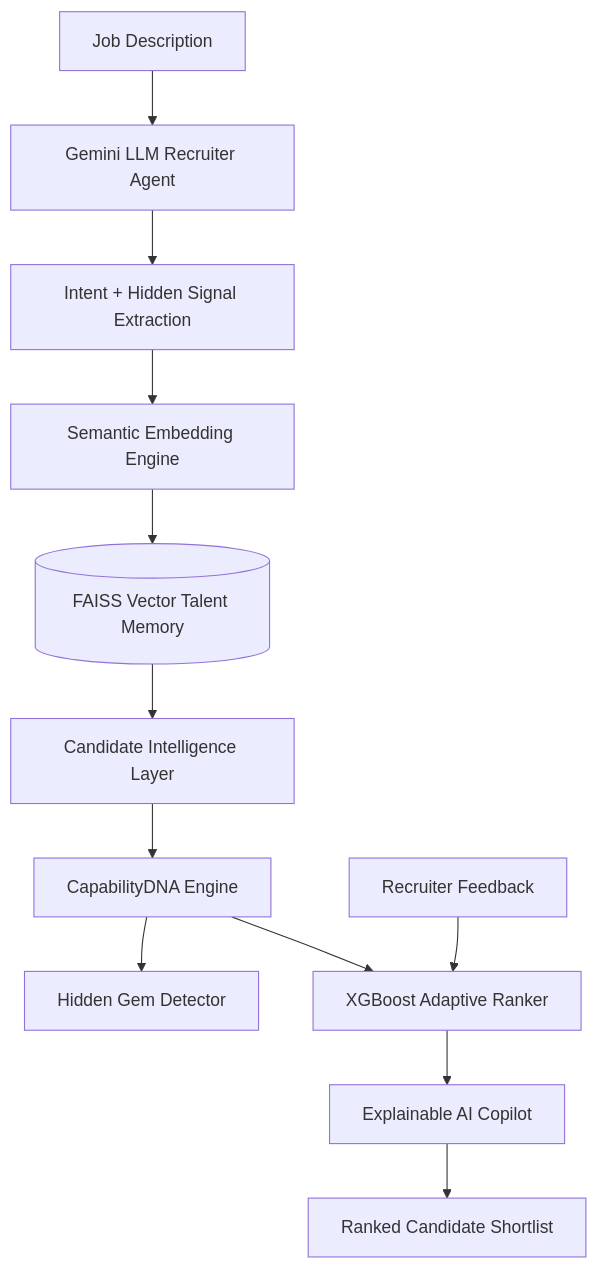
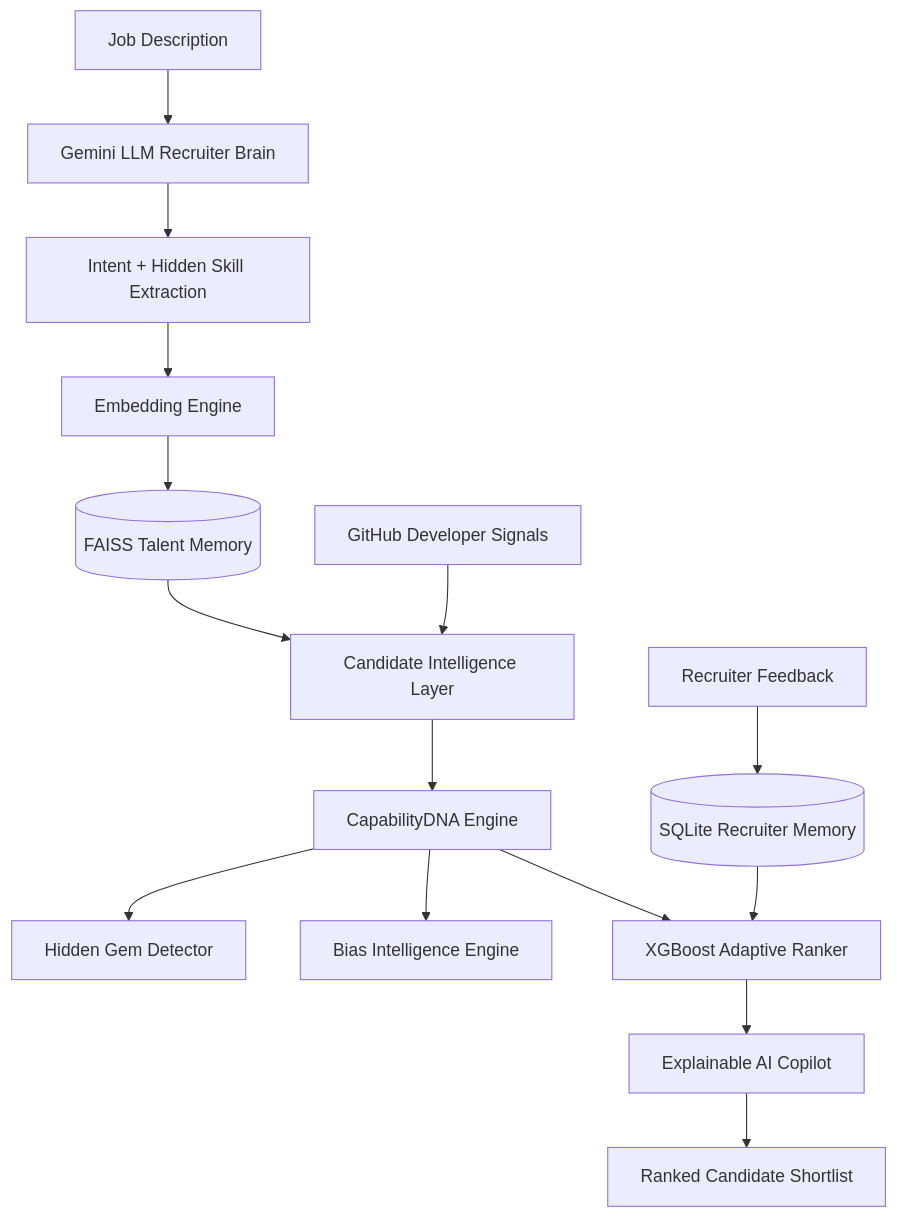
One commit to srishti-rautela/ContextRank-AI changed the diagram in README.md. Above: the diagram before and after it, drawn with Mermaid. The commit also changed other lines of this file and 7 other files, not shown here.

````diff
--- a/README.md
+++ b/README.md
@@ -122,43 +99,57 @@
 ```mermaid
 
 flowchart TD
 
 
-JD[Job Description]
-
-JD --> LLM[Gemini LLM Recruiter Agent]
+A[Job Description]
 
 
-LLM --> Intent[Intent + Hidden Signal Extraction]
+A --> B[Gemini LLM Recruiter Brain]
 
 
-Intent --> Embed[Semantic Embedding Engine]
+B --> C[Intent + Hidden Skill Extraction]
 
 
-Embed --> FAISS[(FAISS Vector Talent Memory)]
+C --> D[Embedding Engine]
 
 
-FAISS --> Candidate[Candidate Intelligence Layer]
+D --> E[(FAISS Talent Memory)]
 
 
-Candidate --> DNA[CapabilityDNA Engine]
+E --> F[Candidate Intelligence Layer]
 
 
-DNA --> Gems[Hidden Gem Detector]
+Github[GitHub Developer Signals]
 
 
-DNA --> Rank[XGBoost Adaptive Ranker]
+Github --> F
+
+
+F --> G[CapabilityDNA Engine]
+
+
+G --> H[Hidden Gem Detector]
+
+
+G --> I[Bias Intelligence Engine]
+
+
+G --> J[XGBoost Adaptive Ranker]
 
 
 Feedback[Recruiter Feedback]
 
-Feedback --> Rank
+
+Feedback --> DB[(SQLite Recruiter Memory)]
 
 
-Rank --> Explain[Explainable AI Copilot]
+DB --> J
 
 
-Explain --> Result[Ranked Candidate Shortlist]
+J --> K[Explainable AI Copilot]
+
+
+K --> L[Ranked Candidate Shortlist]
 
 
 ```
````
